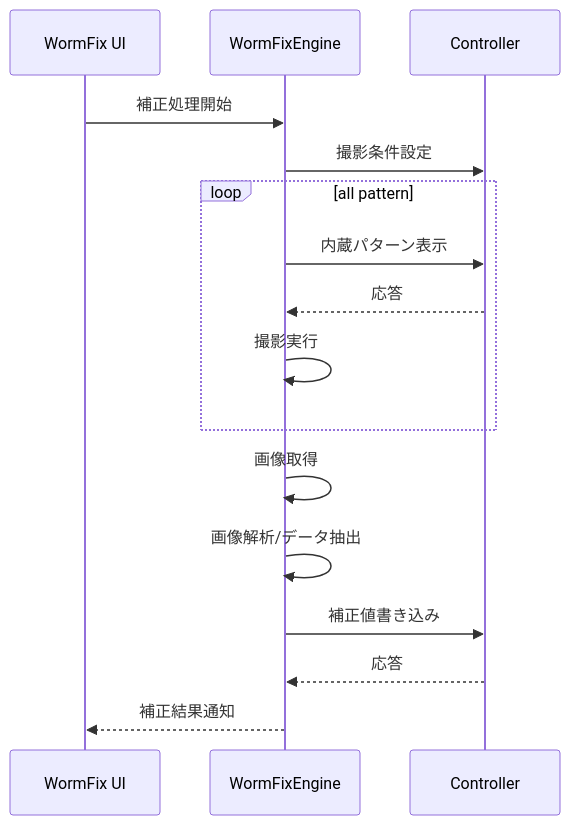
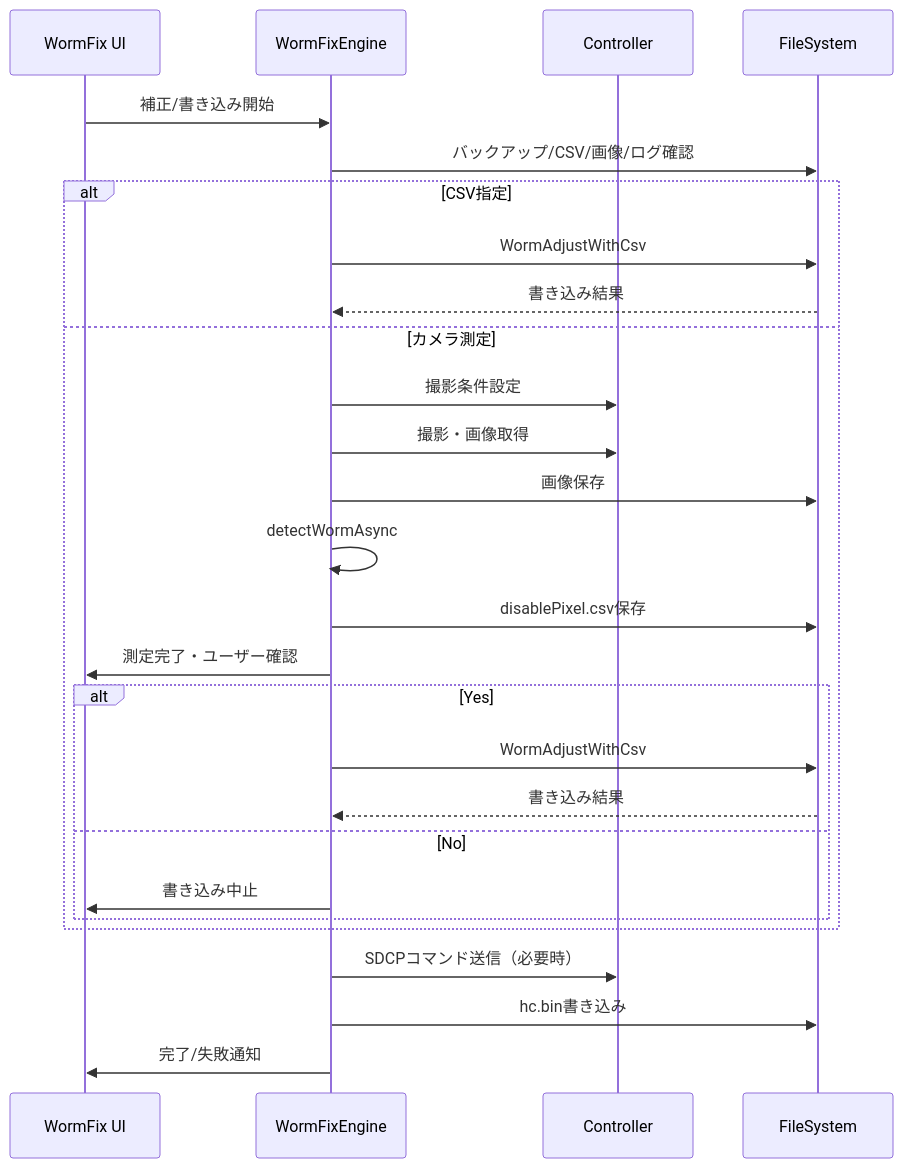
One commit to HottaTakayuki/ColorAlignmentSoftware changed the diagram in docs/02-03.WormFix/WormFix_詳細設計書/07_関連システムインタフェース仕様.md. Above: the diagram before and after it, drawn with Mermaid. The commit also changed other lines of this file and 11 other files, not shown here.

````diff
--- a/docs/02-03.WormFix/WormFix_詳細設計書/07_関連システムインタフェース仕様.md
+++ b/docs/02-03.WormFix/WormFix_詳細設計書/07_関連システムインタフェース仕様.md
@@ -46,19 +26,30 @@
 ```mermaid
 sequenceDiagram
     participant UI as WormFix UI
     participant ENG as WormFixEngine
     participant CTRL as Controller
+    participant FS as FileSystem
 
-    UI->>ENG: 補正処理開始
-    ENG->>CTRL: 撮影条件設定
-    loop all pattern
-        ENG->>CTRL: 内蔵パターン表示
-        CTRL-->>ENG: 応答
-        ENG->>ENG: 撮影実行
+    UI->>ENG: 補正/書き込み開始
+    ENG->>FS: バックアップ/CSV/画像/ログ確認
+    alt CSV指定
+        ENG->>FS: WormAdjustWithCsv
+        FS-->>ENG: 書き込み結果
+    else カメラ測定
+        ENG->>CTRL: 撮影条件設定
+        ENG->>CTRL: 撮影・画像取得
+        ENG->>FS: 画像保存
+        ENG->>ENG: detectWormAsync
+        ENG->>FS: disablePixel.csv保存
+        ENG->>UI: 測定完了・ユーザー確認
+        alt Yes
+            ENG->>FS: WormAdjustWithCsv
+            FS-->>ENG: 書き込み結果
+        else No
+            ENG->>UI: 書き込み中止
+        end
     end
-    ENG->>ENG: 画像取得
-    ENG->>ENG: 画像解析/データ抽出
-    ENG->>CTRL: 補正値書き込み
-    CTRL-->>ENG: 応答
-    ENG-->>UI: 補正結果通知
+    ENG->>CTRL: SDCPコマンド送信（必要時）
+    ENG->>FS: hc.bin書き込み
+    ENG->>UI: 完了/失敗通知
 ```
````
